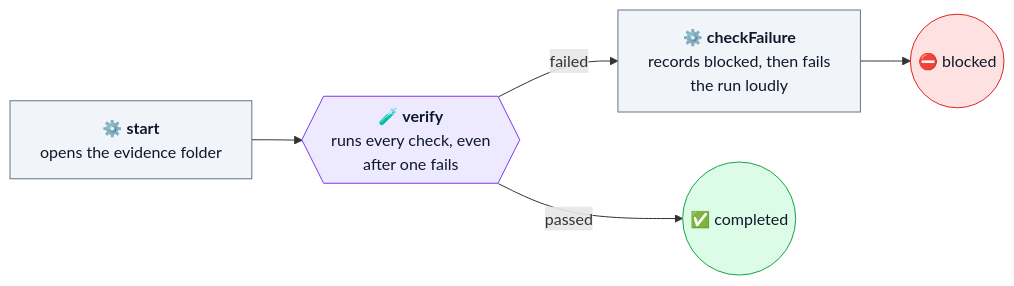
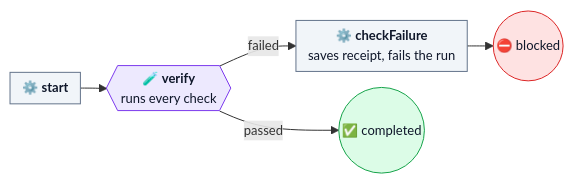
Before and after one commit to dna113p/machine-shop: the diagram in docs/workflows/verify-checks.md, drawn with Mermaid. The commit also changed 13 other files, not shown here.

First line of the commit message:
The workflow diagrams are about half their size

````diff
--- a/docs/workflows/verify-checks.md
+++ b/docs/workflows/verify-checks.md
@@ -40,22 +40,23 @@
 ```mermaid
+%%{init: {"themeVariables": {"fontSize": "13px"}, "flowchart": {"nodeSpacing": 16, "rankSpacing": 26, "padding": 6, "diagramPadding": 4}}}%%
 flowchart LR
-  start["⚙️ <b>start</b><br/>opens the evidence folder"]
-  verify{{"🧪 <b>verify</b><br/>runs every check, even<br/>after one fails"}}
-  checkFailure["⚙️ <b>checkFailure</b><br/>records blocked, then fails<br/>the run loudly"]
+  start["⚙️ <b>start</b>"]
+  verify{{"🧪 <b>verify</b><br/>runs every check"}}
+  checkFailure["⚙️ <b>checkFailure</b><br/>saves receipt, fails the run"]
   done(("✅ completed"))
   blocked(("⛔ blocked"))
 
   start --> verify
   verify -->|passed| done
   verify -->|failed| checkFailure --> blocked
 
   classDef agent fill:#dbeafe,stroke:#2563eb,color:#0f172a
   classDef op fill:#f1f5f9,stroke:#64748b,color:#0f172a
   classDef gate fill:#ede9fe,stroke:#7c3aed,color:#0f172a
   classDef good fill:#dcfce7,stroke:#16a34a,color:#0f172a
   classDef bad fill:#fee2e2,stroke:#dc2626,color:#0f172a
   class start,checkFailure op
   class verify gate
   class done good
   class blocked bad
 ```
````
